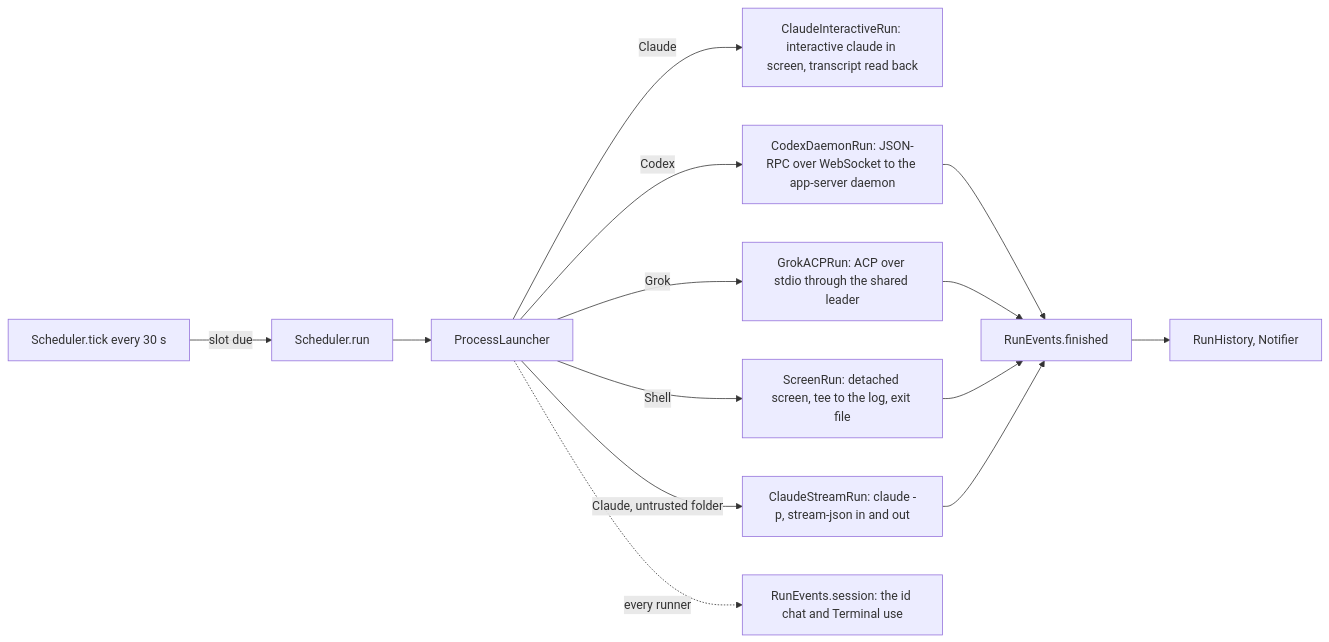
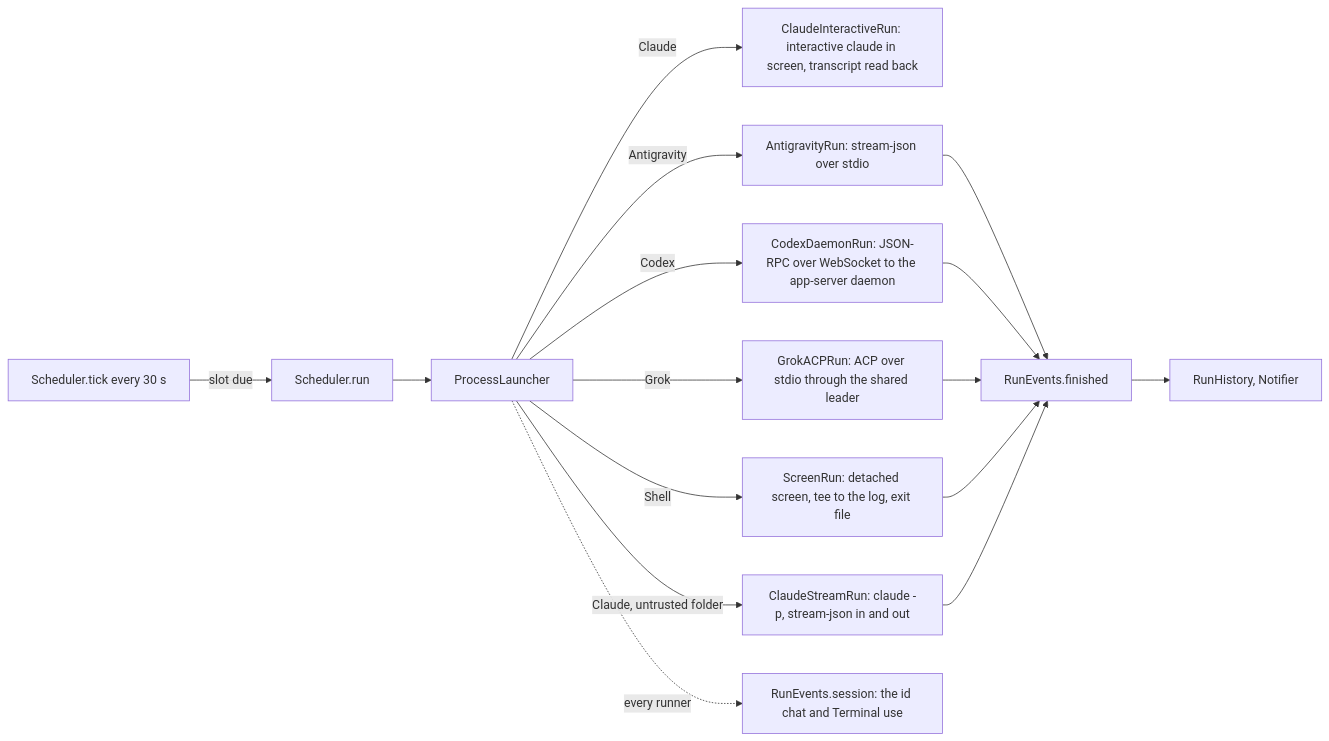
One commit to wiltodelta/rota changed the diagram in docs/architecture.md. Above: the diagram before and after it, drawn with Mermaid. The commit also changed other lines of this file and 26 other files, not shown here.

````diff
--- a/docs/architecture.md
+++ b/docs/architecture.md
@@ -3,16 +3,18 @@
 ```mermaid
 flowchart LR
     Tick[Scheduler.tick every 30 s] -->|slot due| Run[Scheduler.run]
     Run --> Launcher[ProcessLauncher]
     Launcher -->|Claude| ClaudeTUI[ClaudeInteractiveRun: interactive claude in screen, transcript read back]
     Launcher -->|Claude, untrusted folder| ClaudeRun[ClaudeStreamRun: claude -p, stream-json in and out]
     Launcher -->|Codex| CodexRun[CodexDaemonRun: JSON-RPC over WebSocket to the app-server daemon]
+    Launcher -->|Antigravity| AgyRun[AntigravityRun: stream-json over stdio]
+    AgyRun --> Finish
     Launcher -->|Grok| GrokRun[GrokACPRun: ACP over stdio through the shared leader]
     Launcher -->|Shell| ScreenRun[ScreenRun: detached screen, tee to the log, exit file]
     CodexRun --> Finish[RunEvents.finished]
     GrokRun --> Finish
     ScreenRun --> Finish
     ClaudeRun --> Finish
     Launcher -.->|every runner| Session[RunEvents.session: the id chat and Terminal use]
     Finish --> History[RunHistory, Notifier]
 ```
````
